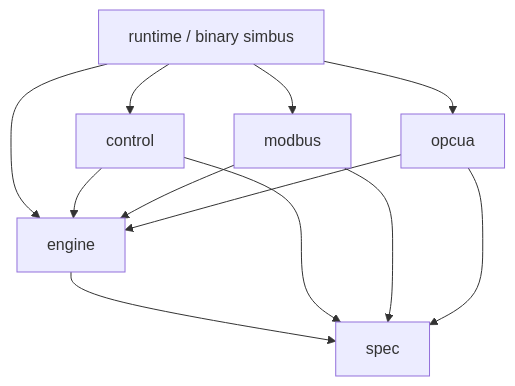
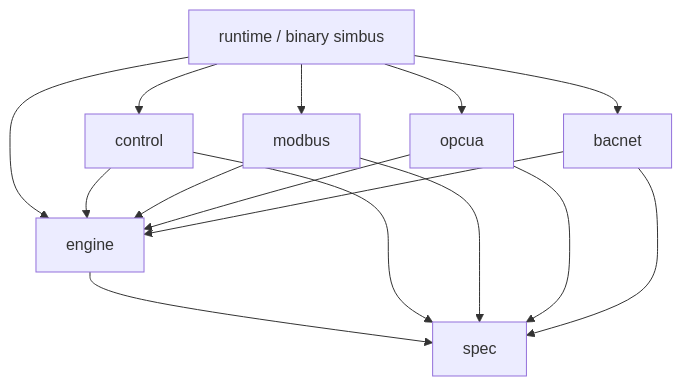
The second of 7 diagrams in docs/architecture.md (obsidia-systems/simbus), drawn with Mermaid before and after one commit. The commit also changed other lines of this file and 28 other files, not shown here.

````diff
--- a/docs/architecture.md
+++ b/docs/architecture.md
@@ -55,20 +58,24 @@
 ```mermaid
 flowchart TB
     runtime[runtime / binary simbus]
     control[control]
     modbusCrate[modbus]
     opcuaCrate[opcua]
+    bacnetCrate[bacnet]
     engine[engine]
     spec[spec]
     runtime --> control
     runtime --> modbusCrate
     runtime --> opcuaCrate
+    runtime --> bacnetCrate
     runtime --> engine
     control --> engine
     modbusCrate --> engine
     opcuaCrate --> engine
+    bacnetCrate --> engine
     engine --> spec
     control --> spec
     modbusCrate --> spec
     opcuaCrate --> spec
+    bacnetCrate --> spec
 ```
````
